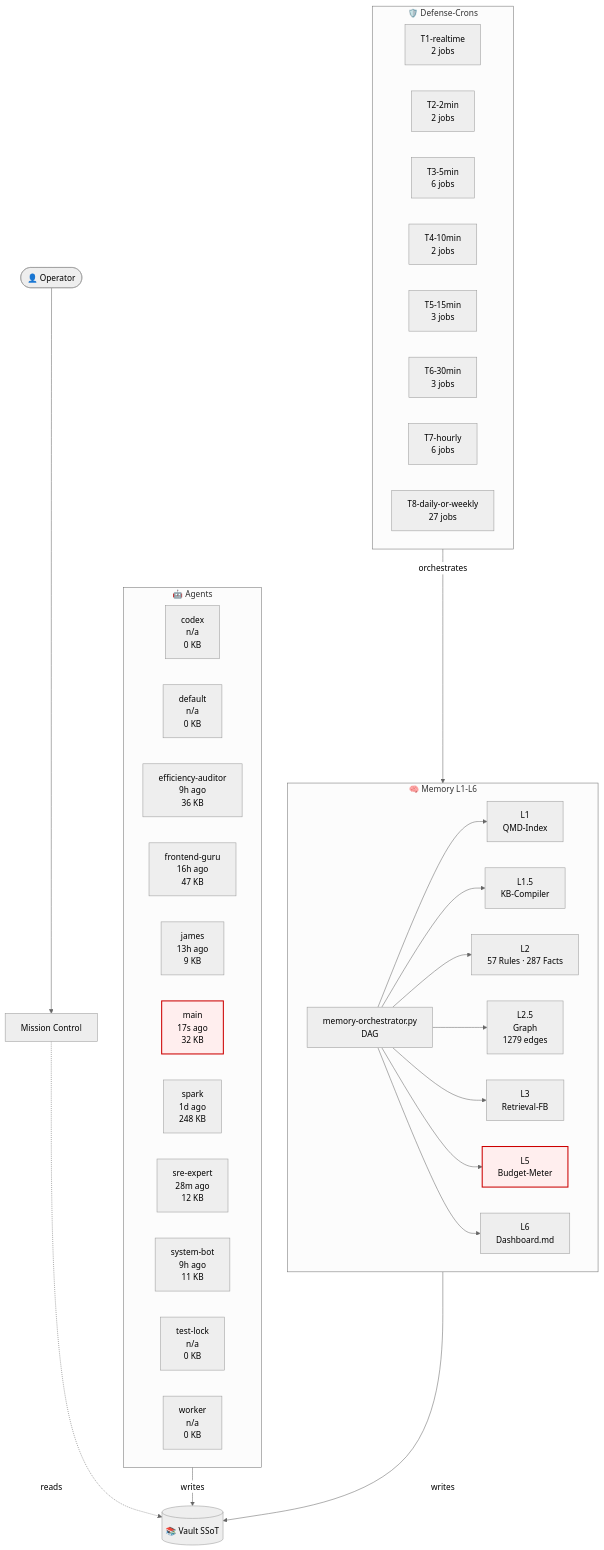
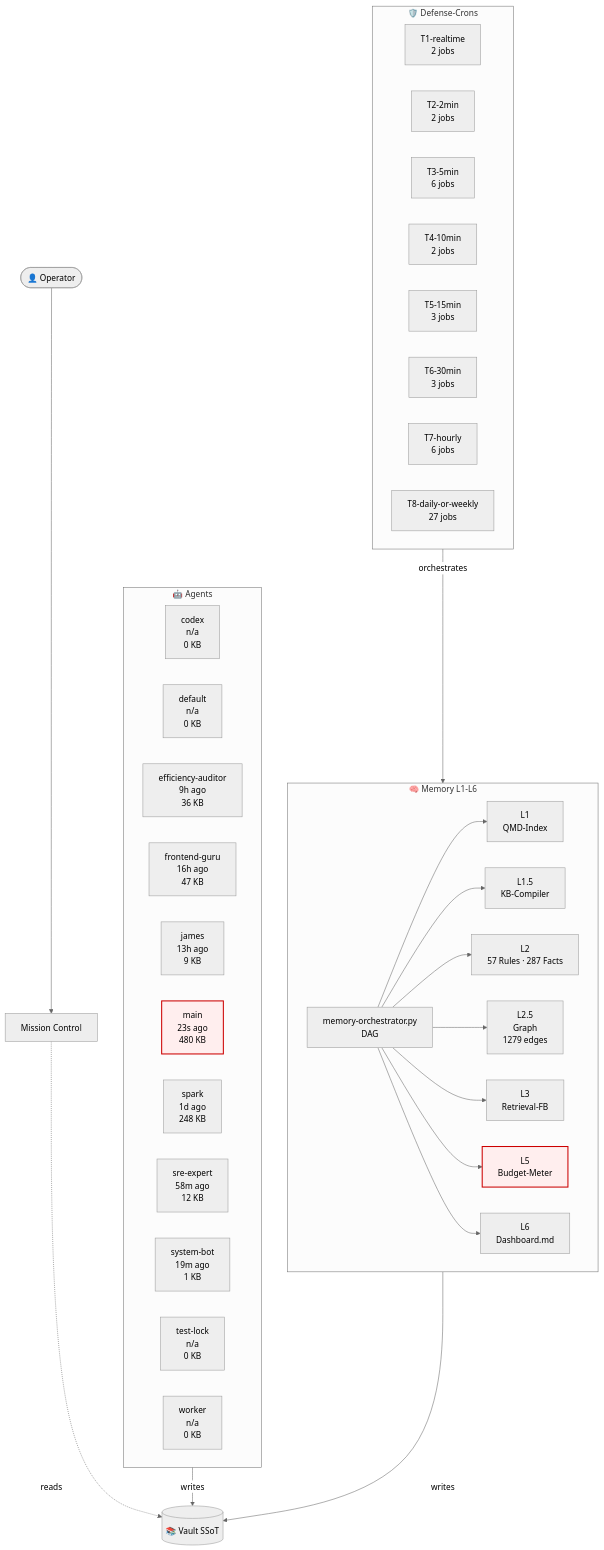
One commit to lenardhuebner88-rgb/openclaw-memory changed the diagram in 03-Agents/architecture-live.md. Above: the diagram before and after it, drawn with Mermaid (neutral theme). The commit also changed other lines of this file and 13 other files, not shown here.

````diff
--- a/03-Agents/architecture-live.md
+++ b/03-Agents/architecture-live.md
@@ -18,54 +18,54 @@
 ```mermaid
 flowchart TB
     classDef critical fill:#fee,stroke:#c00,stroke-width:2px;
     subgraph AGT["🤖 Agents"]
         agent_codex["codex<br/>n/a<br/>0 KB"]
         agent_default["default<br/>n/a<br/>0 KB"]
         agent_efficiency_auditor["efficiency-auditor<br/>9h ago<br/>36 KB"]
         agent_frontend_guru["frontend-guru<br/>16h ago<br/>47 KB"]
         agent_james["james<br/>13h ago<br/>9 KB"]
-        agent_main["main<br/>17s ago<br/>32 KB"]
+        agent_main["main<br/>23s ago<br/>480 KB"]
         agent_spark["spark<br/>1d ago<br/>248 KB"]
-        agent_sre_expert["sre-expert<br/>28m ago<br/>12 KB"]
-        agent_system_bot["system-bot<br/>9h ago<br/>11 KB"]
+        agent_sre_expert["sre-expert<br/>58m ago<br/>12 KB"]
+        agent_system_bot["system-bot<br/>19m ago<br/>1 KB"]
         agent_test_lock["test-lock<br/>n/a<br/>0 KB"]
         agent_worker["worker<br/>n/a<br/>0 KB"]
     end
     subgraph MEM["🧠 Memory L1-L6"]
         L1["L1<br/>QMD-Index"]
         L15["L1.5<br/>KB-Compiler"]
         L2["L2<br/>57 Rules · 287 Facts"]
         L25["L2.5<br/>Graph<br/>1279 edges"]
         L3["L3<br/>Retrieval-FB"]
         L5["L5<br/>Budget-Meter"]
         L6["L6<br/>Dashboard.md"]
         ORCH["memory-orchestrator.py<br/>DAG"]
     end
     subgraph CRN["🛡️ Defense-Crons"]
         tier_T1_realtime["T1-realtime<br/>2 jobs"]
         tier_T2_2min["T2-2min<br/>2 jobs"]
         tier_T3_5min["T3-5min<br/>6 jobs"]
         tier_T4_10min["T4-10min<br/>2 jobs"]
         tier_T5_15min["T5-15min<br/>3 jobs"]
         tier_T6_30min["T6-30min<br/>3 jobs"]
         tier_T7_hourly["T7-hourly<br/>6 jobs"]
         tier_T8_daily_or_weekly["T8-daily-or-weekly<br/>27 jobs"]
     end
     VAULT[("📚 Vault SSoT")]
     OP([👤 Operator])
     MC["Mission Control"]
     OP --> MC
     MC -.reads.-> VAULT
     AGT -->|writes| VAULT
     MEM -->|writes| VAULT
     ORCH --> L1
     ORCH --> L15
     ORCH --> L2
     ORCH --> L25
     ORCH --> L3
     ORCH --> L5
     ORCH --> L6
     CRN -->|orchestrates| MEM
     class L5 critical
     class agent_main critical
 ```
````
